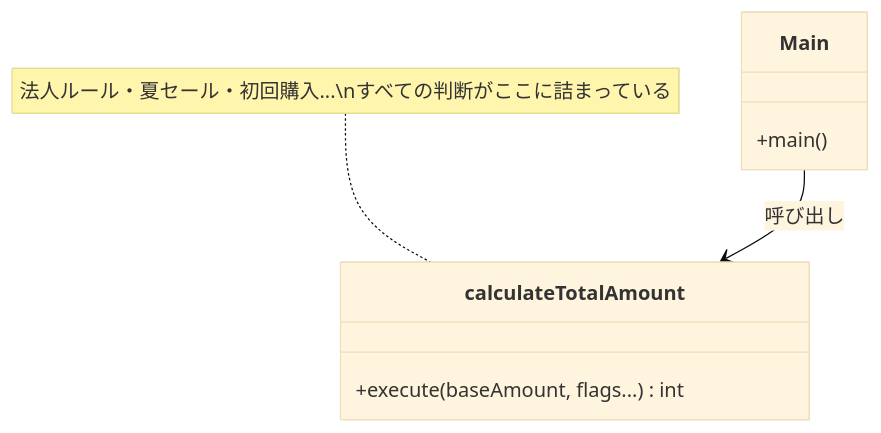
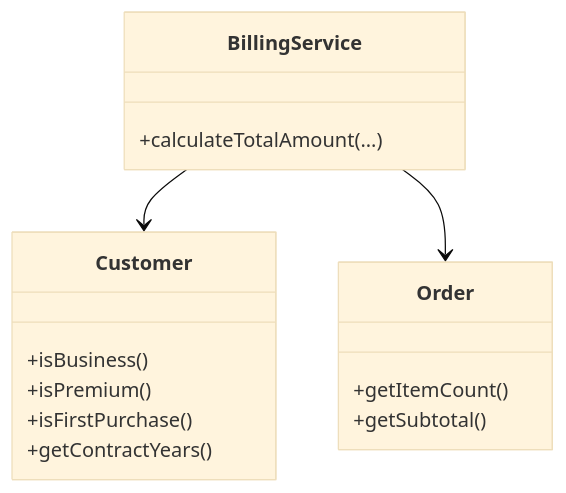
The first of 6 diagrams in kindle/design-patterns/output/chapter01.md (kumachan1101-pixel/DesignPattern), drawn with Mermaid (base theme) before and after one commit. The commit also changed other lines of this file, not shown here.

````diff
--- a/kindle/design-patterns/output/chapter01.md
+++ b/kindle/design-patterns/output/chapter01.md
@@ -54,13 +61,22 @@
 ```mermaid
 classDiagram
-    class Main {
-        +main()
-    }
-    class calculateTotalAmount {
-        +execute(baseAmount, flags...) int
-    }
 
-    Main --> calculateTotalAmount : 呼び出し
+class BillingService {
+  +calculateTotalAmount(...)
+}
 
-    note for calculateTotalAmount "法人ルール・夏セール・初回購入...\nすべての判断がここに詰まっている"
+class Customer {
+  +isBusiness()
+  +isPremium()
+  +isFirstPurchase()
+  +getContractYears()
+}
+
+class Order {
+  +getItemCount()
+  +getSubtotal()
+}
+
+BillingService --> Customer
+BillingService --> Order
 ```
````
